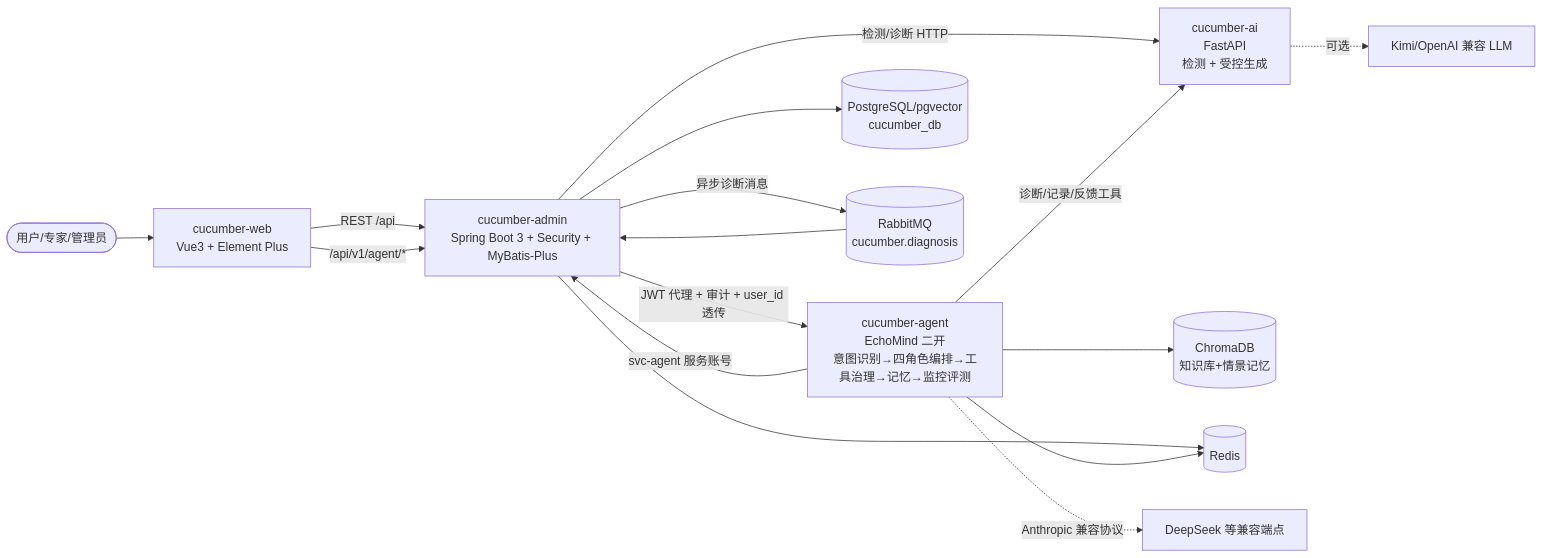
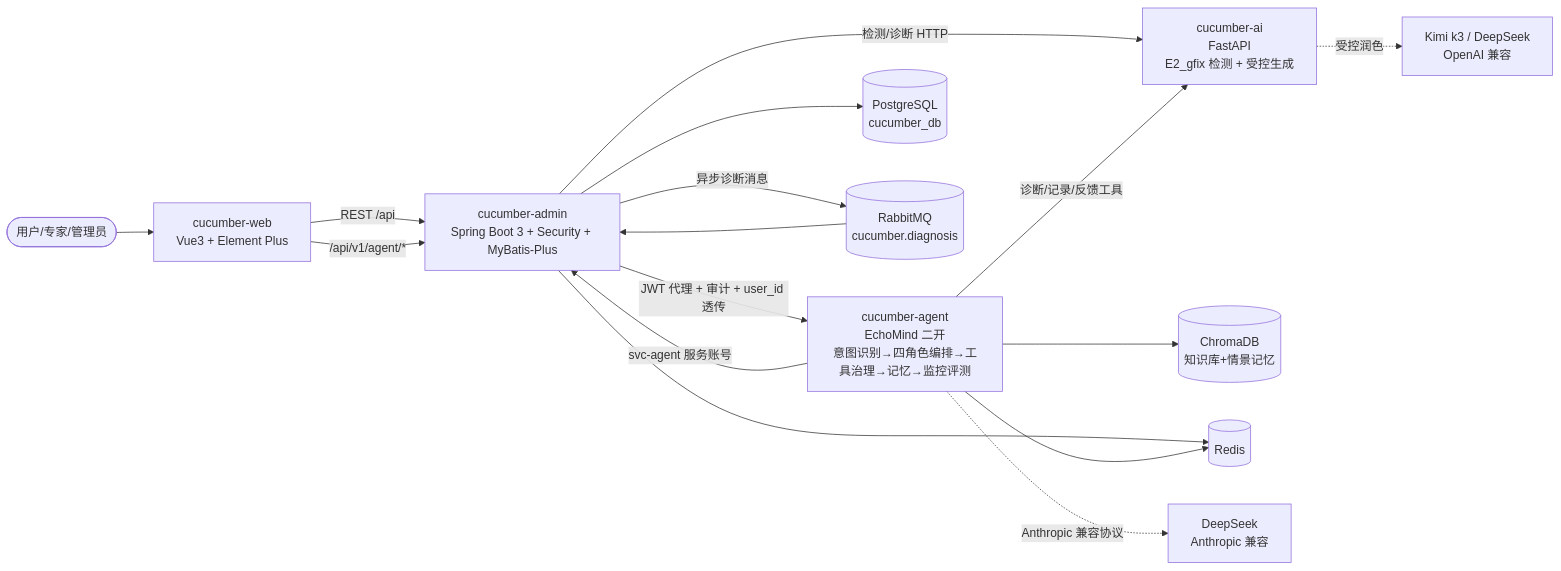
The diagram in README.md (ssrnium/Cucumber-AI-Diagnosis), drawn with Mermaid before and after one commit. The commit also changed other lines of this file and 8 other files, not shown here.

Commit message:
README重写(去自我抹黑：论文资产集成现状表/主链路演示脚本/真实截图x4)、验收报告挪docs/、ai Dockerfile补vendor+weights、E2_gfix权重入库

````diff
--- a/README.md
+++ b/README.md
@@ -7,18 +15,18 @@
 ```mermaid
 flowchart LR
     User([用户/专家/管理员]) --> Web[cucumber-web<br/>Vue3 + Element Plus]
     Web -->|REST /api| Admin[cucumber-admin<br/>Spring Boot 3 + Security + MyBatis-Plus]
-    Admin -->|检测/诊断 HTTP| AI[cucumber-ai<br/>FastAPI<br/>检测 + 受控生成]
+    Admin -->|检测/诊断 HTTP| AI[cucumber-ai<br/>FastAPI<br/>E2_gfix 检测 + 受控生成]
     Web -->|/api/v1/agent/*| Admin
     Admin -->|JWT 代理 + 审计 + user_id 透传| Agent[cucumber-agent<br/>EchoMind 二开<br/>意图识别→四角色编排→工具治理→记忆→监控评测]
     Agent -->|诊断/记录/反馈工具| AI
     Agent -->|svc-agent 服务账号| Admin
     Agent --> Chroma[(ChromaDB<br/>知识库+情景记忆)]
-    Admin --> DB[(PostgreSQL/pgvector<br/>cucumber_db)]
+    Admin --> DB[(PostgreSQL<br/>cucumber_db)]
     Admin --> Redis[(Redis)]
     Agent --> Redis
     Admin -->|异步诊断消息| MQ[(RabbitMQ<br/>cucumber.diagnosis)]
     MQ --> Admin
-    AI -.->|可选| Kimi[Kimi/OpenAI 兼容 LLM]
-    Agent -.->|Anthropic 兼容协议| DeepSeek[DeepSeek 等兼容端点]
+    AI -.->|受控润色| Kimi[Kimi k3 / DeepSeek<br/>OpenAI 兼容]
+    Agent -.->|Anthropic 兼容协议| DeepSeek[DeepSeek<br/>Anthropic 兼容]
 ```
````
